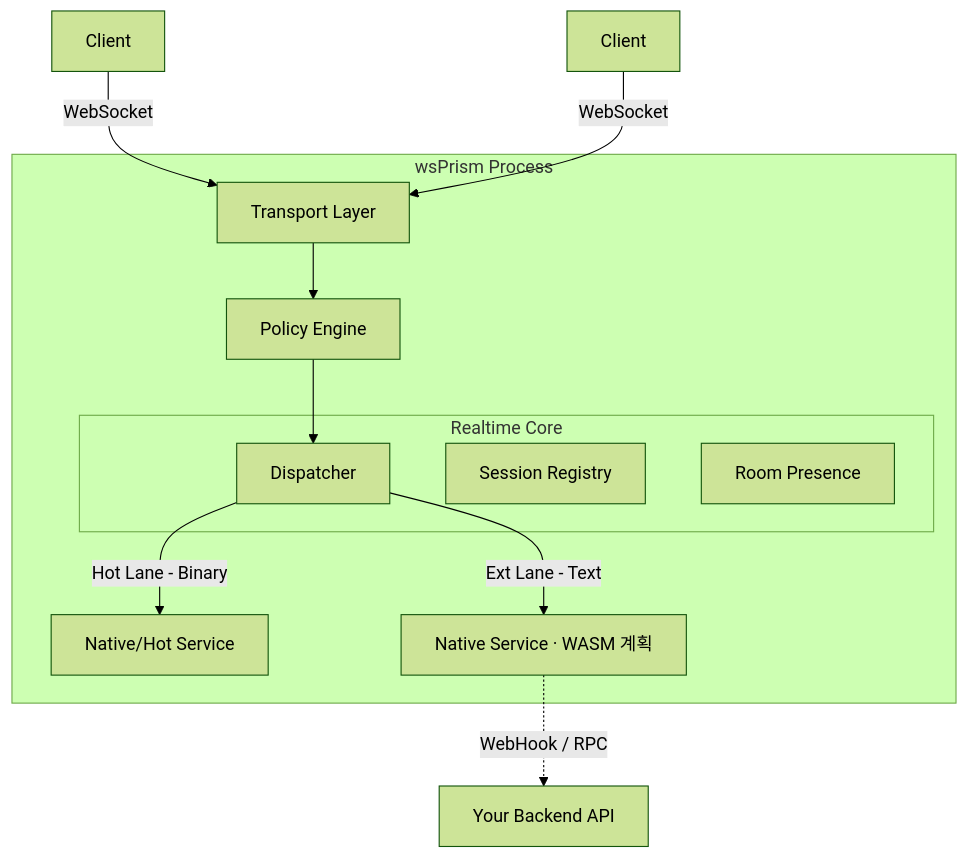
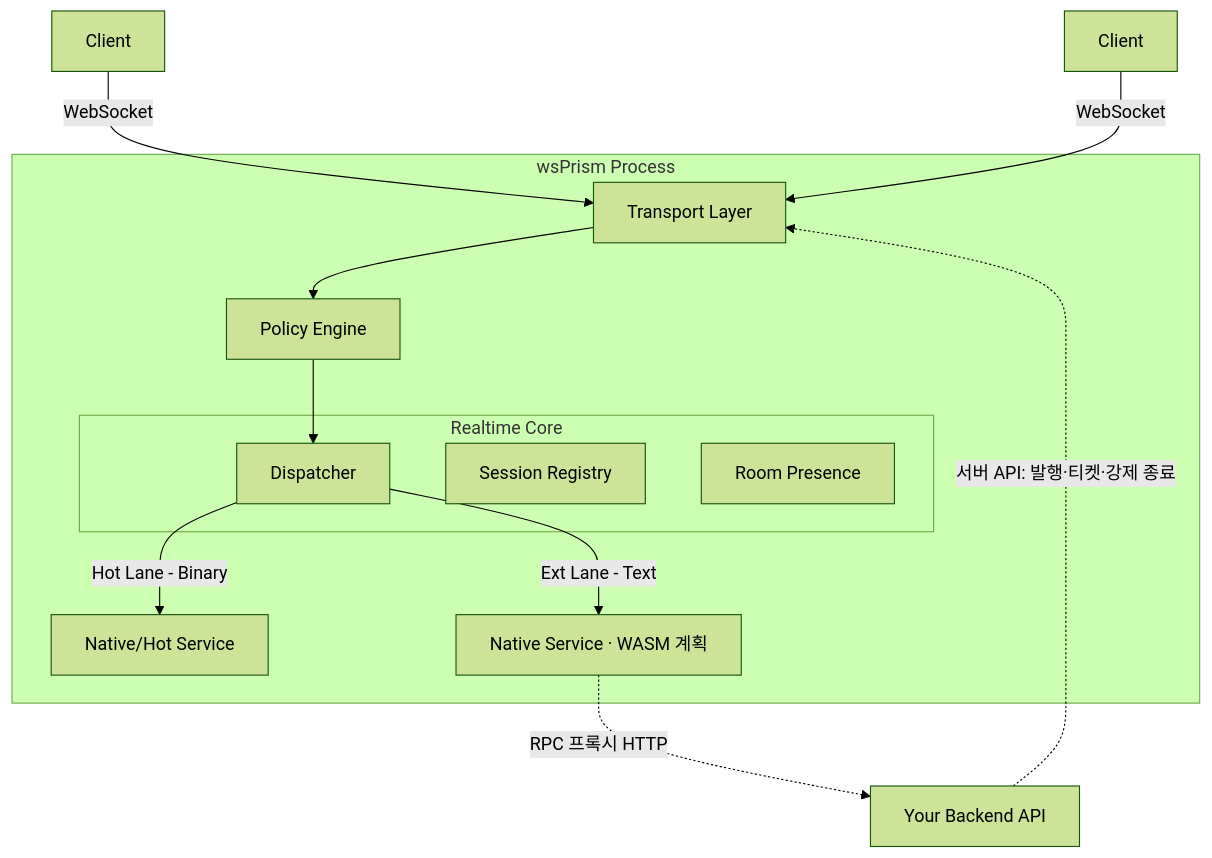
Before and after one commit to AsyncNomad/wsPrism: the diagram in Readme.md, drawn with Mermaid (forest theme). The commit also changed other lines of this file and 27 other files, not shown here.

````diff
--- a/Readme.md
+++ b/Readme.md
@@ -175,24 +178,25 @@
 ```mermaid
 graph TD
     Client_A[Client] -->|WebSocket| Transport
     Client_B[Client] -->|WebSocket| Transport
 
     subgraph Process [wsPrism Process]
         Transport[Transport Layer]
         Policy[Policy Engine]
 
         subgraph Core [Realtime Core]
             Router[Dispatcher]
             Registry[Session Registry]
             Presence[Room Presence]
         end
 
         Transport --> Policy --> Router
 
         Router -->|Hot Lane - Binary| Service_Echo[Native/Hot Service]
         Router -->|Ext Lane - Text| Service_Chat[Native Service · WASM 계획]
     end
 
-    Service_Chat -.->|WebHook / RPC| Backend[Your Backend API]
+    Service_Chat -.->|RPC 프록시 HTTP| Backend[Your Backend API]
+    Backend -.->|서버 API: 발행·티켓·강제 종료| Transport
 
 ```
````
